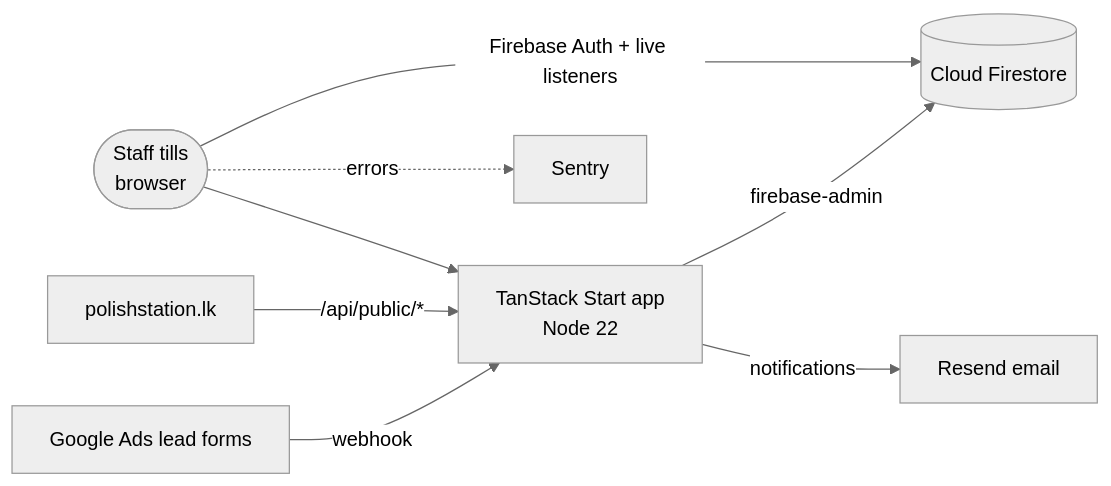
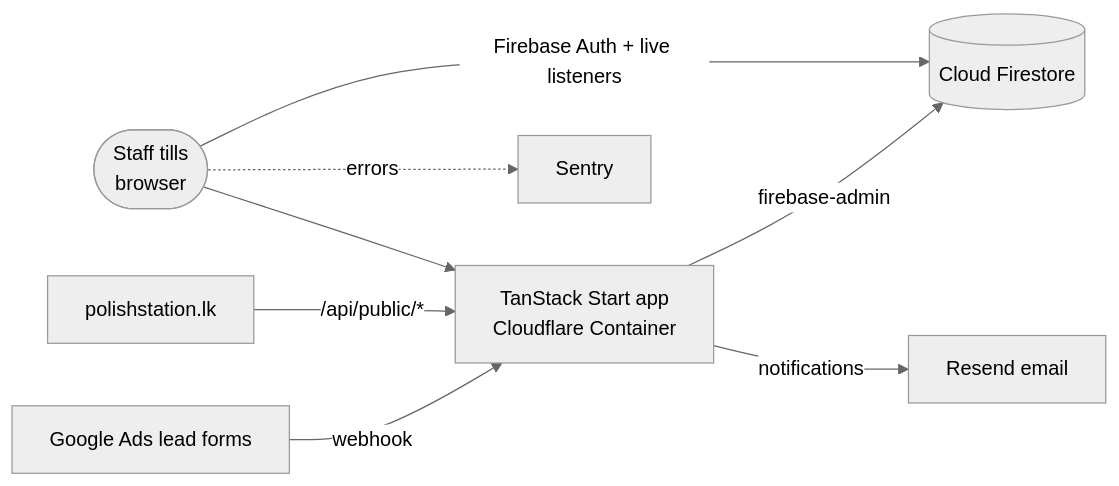
Before and after one commit to saadmaz/Polish-Station-OS: the diagram in docs/ARCHITECTURE.md, drawn with Mermaid (neutral theme). The commit also changed other lines of this file and 16 other files, not shown here.

````diff
--- a/docs/ARCHITECTURE.md
+++ b/docs/ARCHITECTURE.md
@@ -11,10 +11,10 @@
 ```mermaid
 flowchart LR
   Tills(["Staff tills<br/>browser"]) -- Firebase Auth + live listeners --> Firestore[("Cloud Firestore")]
-  Tills --> App["TanStack Start app<br/>Node 22"]
+  Tills --> App["TanStack Start app<br/>Cloudflare Container"]
   Website["polishstation.lk"] -- "/api/public/*" --> App
   GoogleAds["Google Ads lead forms"] -- webhook --> App
   App -- firebase-admin --> Firestore
   App -- notifications --> Resend["Resend email"]
   Tills -. errors .-> Sentry["Sentry"]
 ```
````
